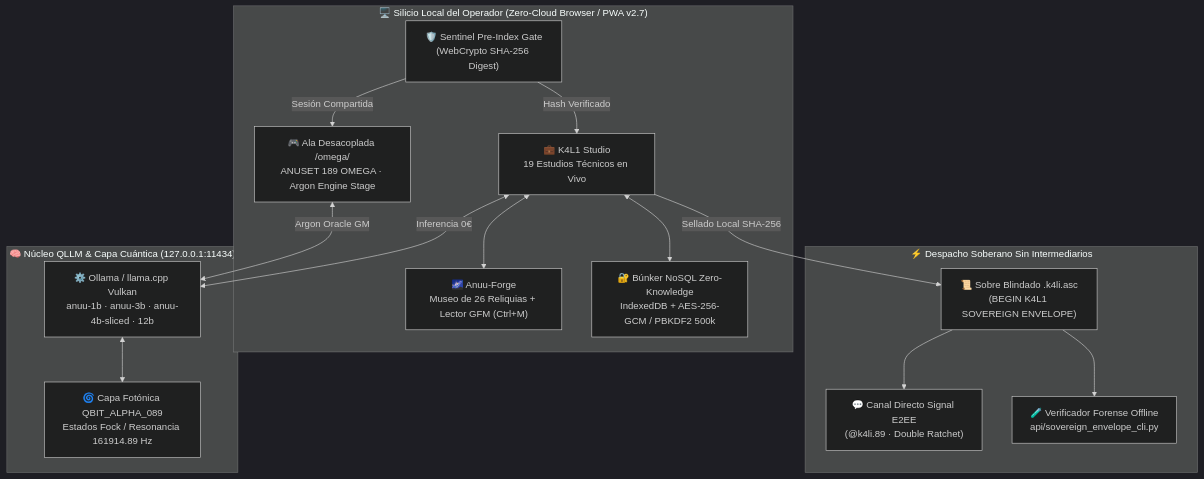
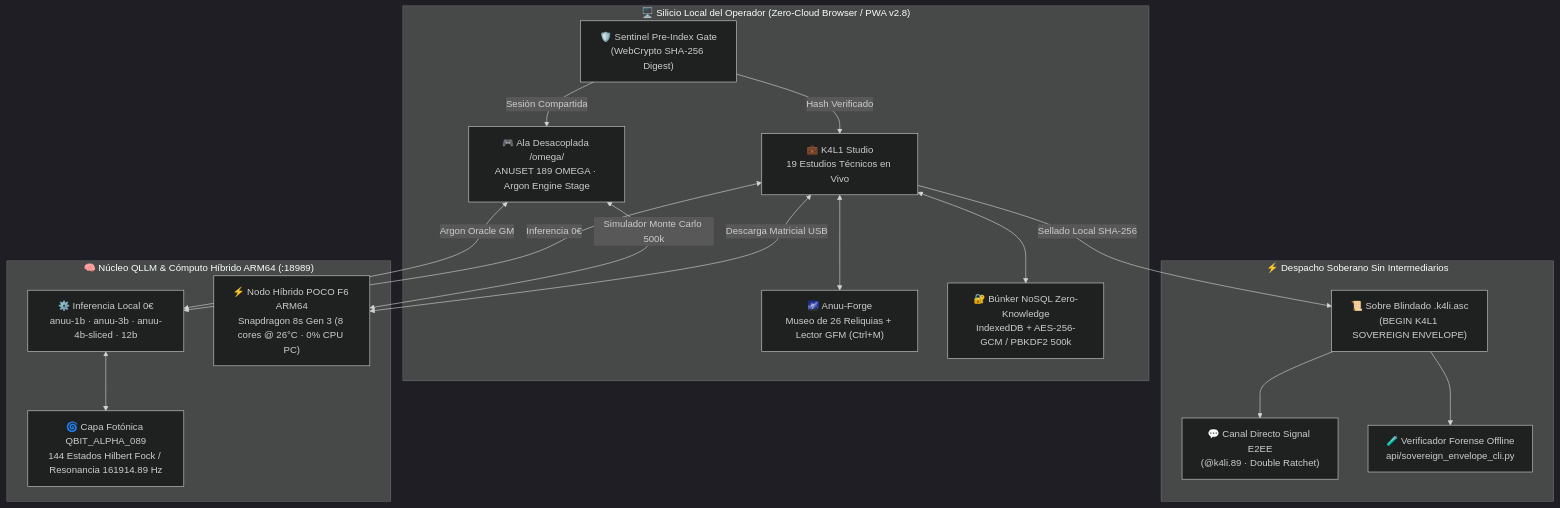
Before and after one commit to K4L189/k4lianuuforge: the diagram in README.md, drawn with Mermaid (dark theme). The commit also changed other lines of this file and 77 other files, not shown here.

Commit message:
feat(sovereign-v2.8): 100% zero-cdn & sentinel gate (54 docs), .k4li.asc suite, 144-class omega codex & arm64 fock offload (161914)

````diff
--- a/README.md
+++ b/README.md
@@ -39,32 +39,35 @@
 ```mermaid
 flowchart TD
-    subgraph Client ["🖥️ Silicio Local del Operador (Zero-Cloud Browser / PWA v2.7)"]
+    subgraph Client ["🖥️ Silicio Local del Operador (Zero-Cloud Browser / PWA v2.8)"]
         Gate["🛡️ Sentinel Pre-Index Gate\n(WebCrypto SHA-256 Digest)"]
         Studio["💼 K4L1 Studio\n19 Estudios Técnicos en Vivo"]
         Forge["🌌 Anuu-Forge\nMuseo de 26 Reliquias + Lector GFM (Ctrl+M)"]
         Bunker["🔐 Búnker NoSQL Zero-Knowledge\nIndexedDB + AES-256-GCM / PBKDF2 500k"]
         Omega["🎮 Ala Desacoplada /omega/\nANUSET 189 OMEGA · Argon Engine Stage"]
     end
 
     subgraph CryptoDispatch ["⚡ Despacho Soberano Sin Intermediarios"]
         Envelope["📜 Sobre Blindado .k4li.asc\n(BEGIN K4L1 SOVEREIGN ENVELOPE)"]
         Signal["💬 Canal Directo Signal E2EE\n(@k4li.89 · Double Ratchet)"]
         OfflineCLI["🧪 Verificador Forense Offline\napi/sovereign_envelope_cli.py"]
     end
 
-    subgraph LocalAI ["🧠 Núcleo QLLM & Capa Cuántica (127.0.0.1:11434)"]
-        Ollama["⚙️ Ollama / llama.cpp Vulkan\nanuu-1b · anuu-3b · anuu-4b-sliced · 12b"]
-        Fock["🌀 Capa Fotónica QBIT_ALPHA_089\nEstados Fock / Resonancia 161914.89 Hz"]
+    subgraph LocalAI ["🧠 Núcleo QLLM & Cómputo Híbrido ARM64 (:18989)"]
+        Ollama["⚙️ Inferencia Local 0€\nanuu-1b · anuu-3b · anuu-4b-sliced · 12b"]
+        Fock["🌀 Capa Fotónica QBIT_ALPHA_089\n144 Estados Hilbert Fock / Resonancia 161914.89 Hz"]
+        HybridNode["⚡ Nodo Híbrido POCO F6 ARM64\nSnapdragon 8s Gen 3 (8 cores @ 26°C · 0% CPU PC)"]
     end
 
     Gate -->|"Hash Verificado"| Studio
     Gate -->|"Sesión Compartida"| Omega
     Studio <--> Forge
     Studio <--> Bunker
     Studio -->|"Sellado Local SHA-256"| Envelope
     Envelope --> Signal
     Envelope --> OfflineCLI
     Studio <-->|"Inferencia 0€"| Ollama
     Omega <-->|"Argon Oracle GM"| Ollama
     Ollama <--> Fock
+    Studio <-->|"Descarga Matricial USB"| HybridNode
+    Omega <-->|"Simulador Monte Carlo 500k"| HybridNode
 ```
````
